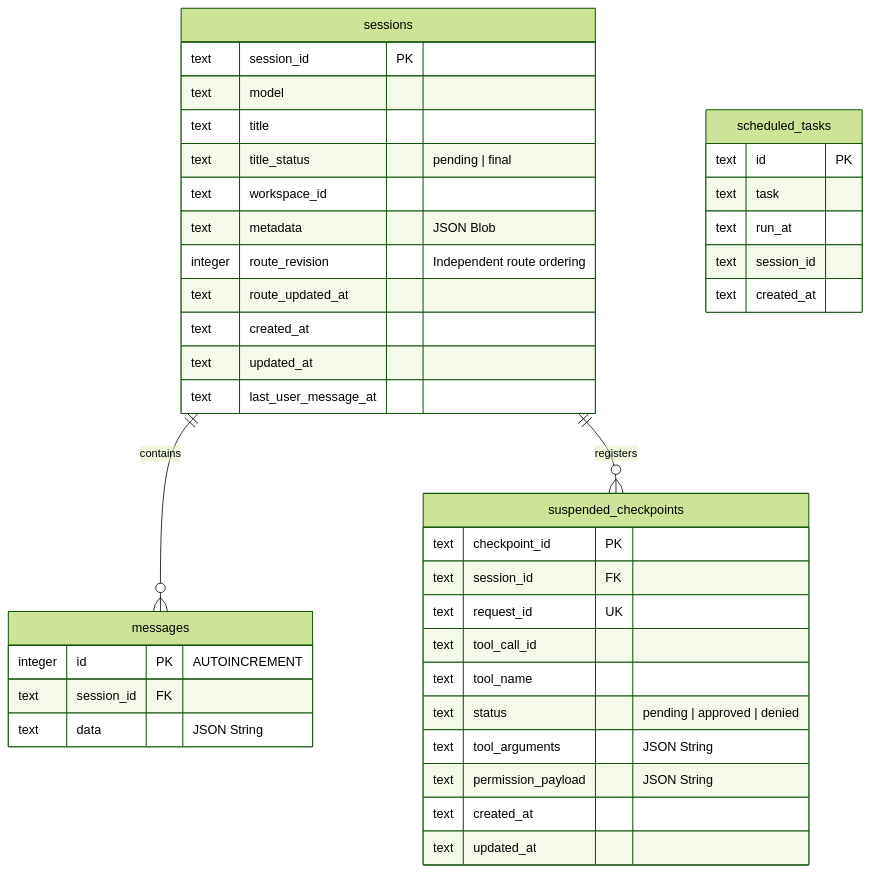
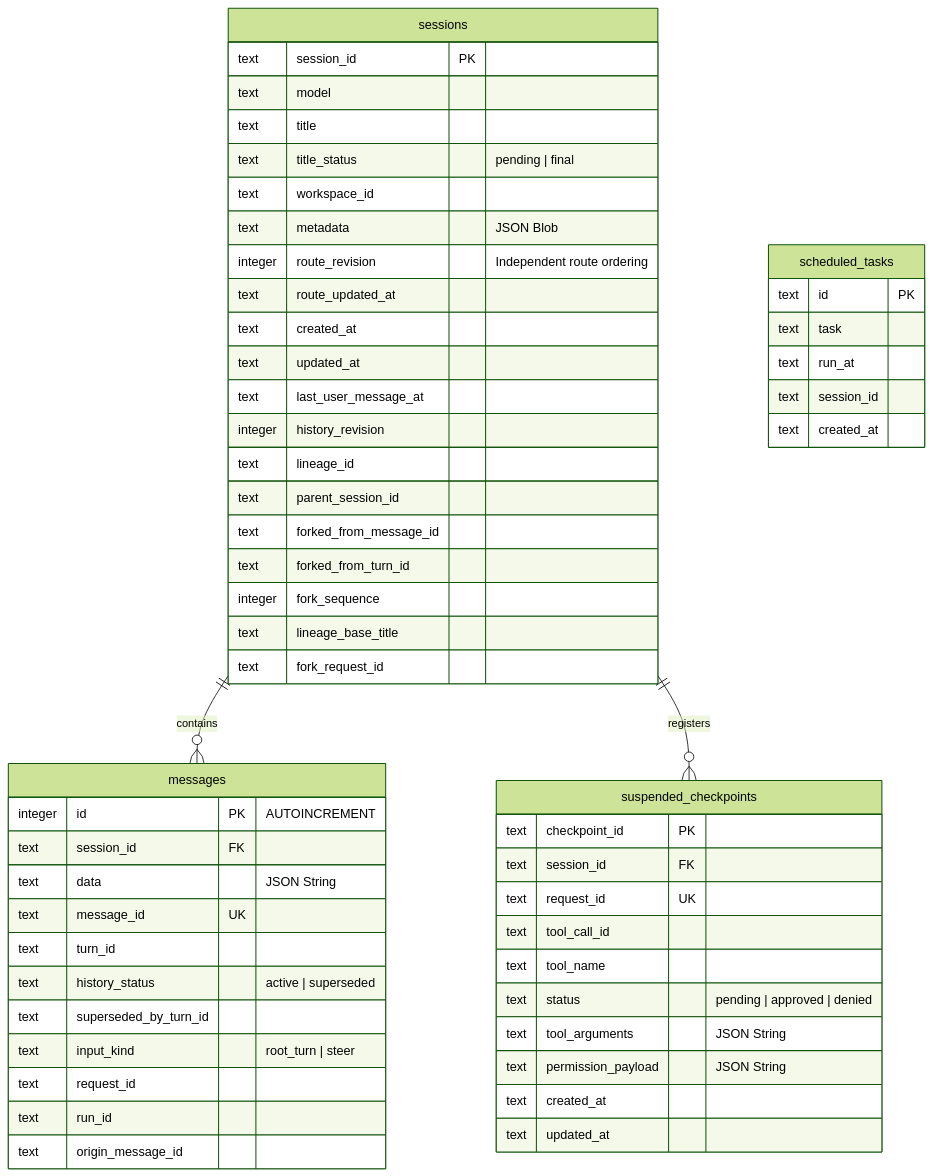
One commit to EastStarAI/sanad-agent changed the first of 2 diagrams in docs/technical/agent_database_schema.md. Above: the diagram before and after it, drawn with Mermaid (forest theme). The commit also changed other lines of this file and 135 other files, not shown here.

````diff
--- a/docs/technical/agent_database_schema.md
+++ b/docs/technical/agent_database_schema.md
@@ -32,46 +32,62 @@
 ```mermaid
 erDiagram
     sessions ||--o{ messages : "contains"
     sessions ||--o{ suspended_checkpoints : "registers"
     
     sessions {
         text session_id PK
         text model
         text title
         text title_status "pending | final"
         text workspace_id
         text metadata "JSON Blob"
         integer route_revision "Independent route ordering"
         text route_updated_at
         text created_at
         text updated_at
         text last_user_message_at
+        integer history_revision
+        text lineage_id
+        text parent_session_id
+        text forked_from_message_id
+        text forked_from_turn_id
+        integer fork_sequence
+        text lineage_base_title
+        text fork_request_id
     }
     
     messages {
         integer id PK "AUTOINCREMENT"
         text session_id FK
         text data "JSON String"
+        text message_id UK
+        text turn_id
+        text history_status "active | superseded"
+        text superseded_by_turn_id
+        text input_kind "root_turn | steer"
+        text request_id
+        text run_id
+        text origin_message_id
     }
     
     scheduled_tasks {
         text id PK
         text task
         text run_at
         text session_id
         text created_at
     }
     
     suspended_checkpoints {
         text checkpoint_id PK
         text session_id FK
         text request_id UK
         text tool_call_id
         text tool_name
         text status "pending | approved | denied"
         text tool_arguments "JSON String"
         text permission_payload "JSON String"
         text created_at
         text updated_at
     }
 ```
````
